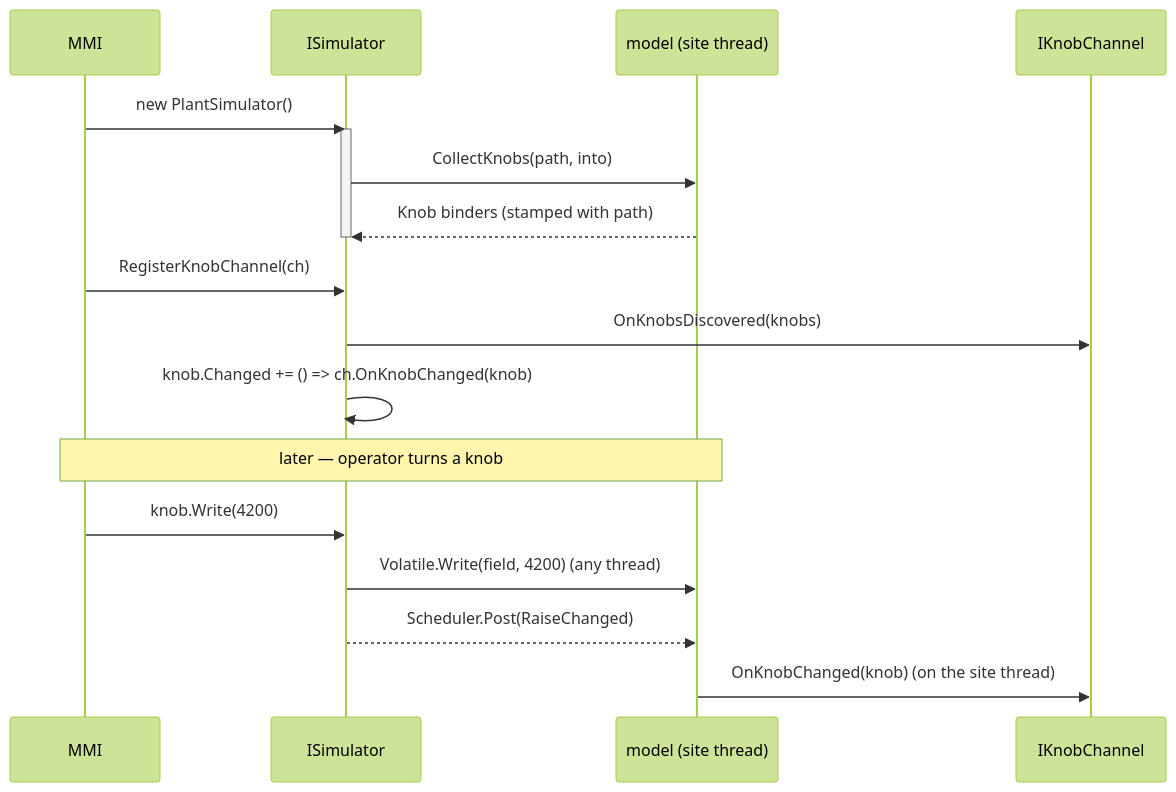
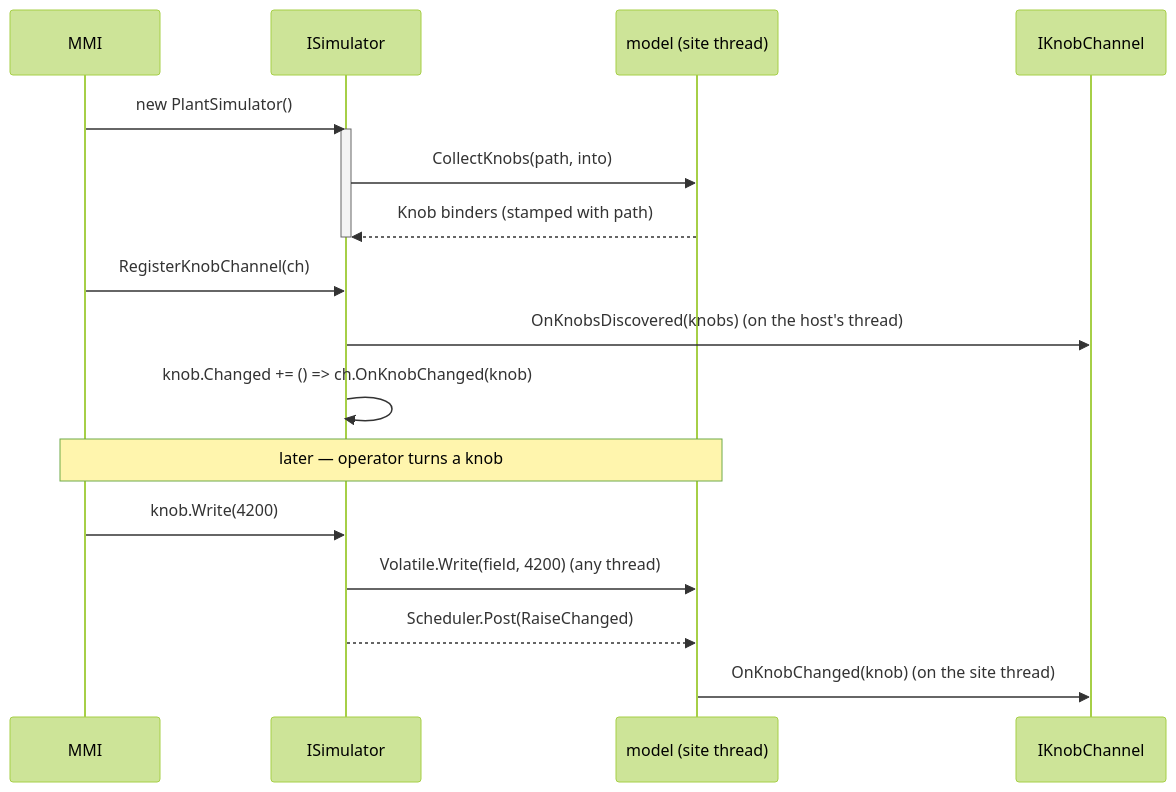
Before and after one commit to SimulaSharp-org/simulasharp-docs: the second of 4 diagrams in public/content/observability.md, drawn with Mermaid (forest theme). The commit also changed other lines of this file and 2 other files, not shown here.

Commit message:
Bring the observability and parameter pages up to 0.5.3, enum knobs, member paths and parameter rules were out of date

````diff
--- a/public/content/observability.md
+++ b/public/content/observability.md
@@ -224,22 +252,22 @@
 ```mermaid
 sequenceDiagram
   participant Host as MMI
   participant Sim as ISimulator
   participant Model as model (site thread)
   participant Ch as IKnobChannel
 
   Host->>Sim: new PlantSimulator()
   activate Sim
   Sim->>Model: CollectKnobs(path, into)
   Model-->>Sim: Knob binders (stamped with path)
   deactivate Sim
   Host->>Sim: RegisterKnobChannel(ch)
-  Sim->>Ch: OnKnobsDiscovered(knobs)
+  Sim->>Ch: OnKnobsDiscovered(knobs)  (on the host's thread)
   Sim->>Sim: knob.Changed += () => ch.OnKnobChanged(knob)
 
   Note over Host,Model: later — operator turns a knob
   Host->>Sim: knob.Write(4200)
   Sim->>Model: Volatile.Write(field, 4200) (any thread)
   Sim-->>Model: Scheduler.Post(RaiseChanged)
   Model->>Ch: OnKnobChanged(knob)  (on the site thread)
 ```
````
